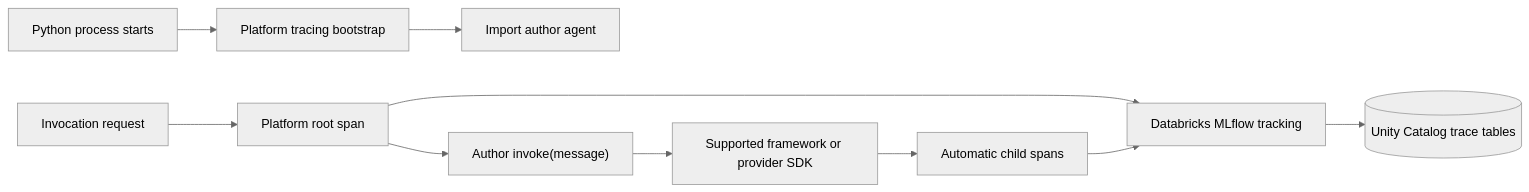
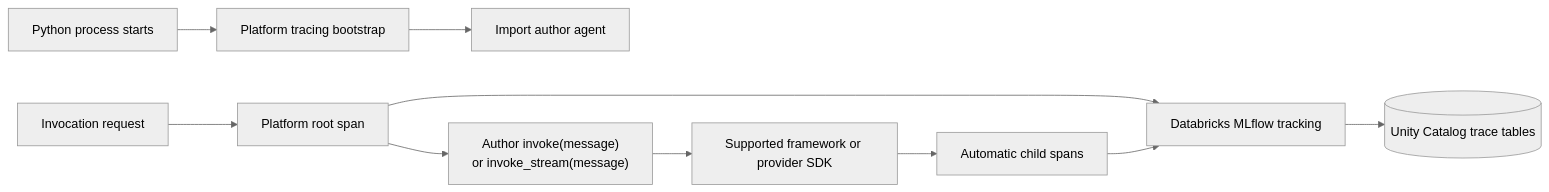
The first of 2 diagrams in docs/architecture/platform-tracing.md (zacdav-db/databricks-agent-cicd-sandpit), drawn with Mermaid (neutral theme) before and after one commit. The commit also changed other lines of this file and 24 other files, not shown here.

````diff
--- a/docs/architecture/platform-tracing.md
+++ b/docs/architecture/platform-tracing.md
@@ -13,19 +13,19 @@
 ```mermaid
 flowchart LR
     Start["Python process starts"]
     Bootstrap["Platform tracing bootstrap"]
     Import["Import author agent"]
     Request["Invocation request"]
     Root["Platform root span"]
-    Author["Author invoke(message)"]
+    Author["Author invoke(message)<br/>or invoke_stream(message)"]
     SDK["Supported framework or provider SDK"]
     Child["Automatic child spans"]
     MLflow["Databricks MLflow tracking"]
     UC[("Unity Catalog trace tables")]
 
     Start --> Bootstrap --> Import
     Request --> Root --> Author --> SDK
     SDK --> Child
     Root --> MLflow
     Child --> MLflow --> UC
 ```
````
